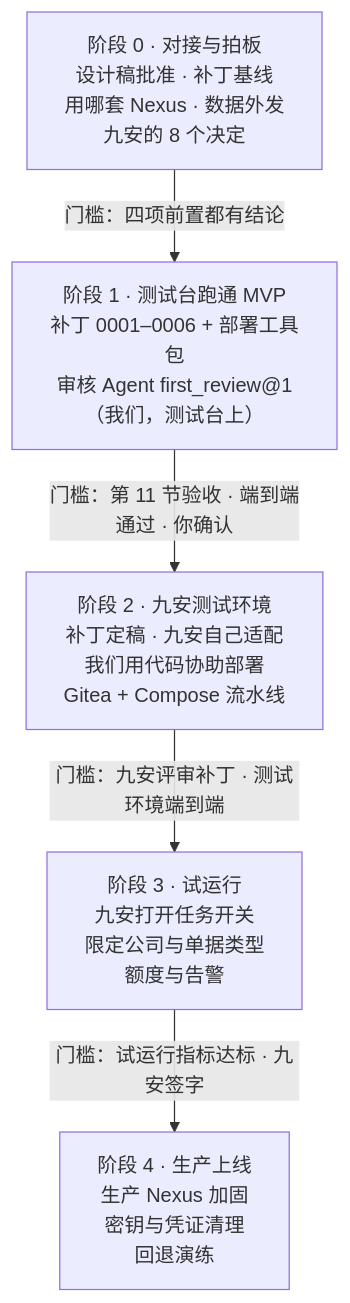
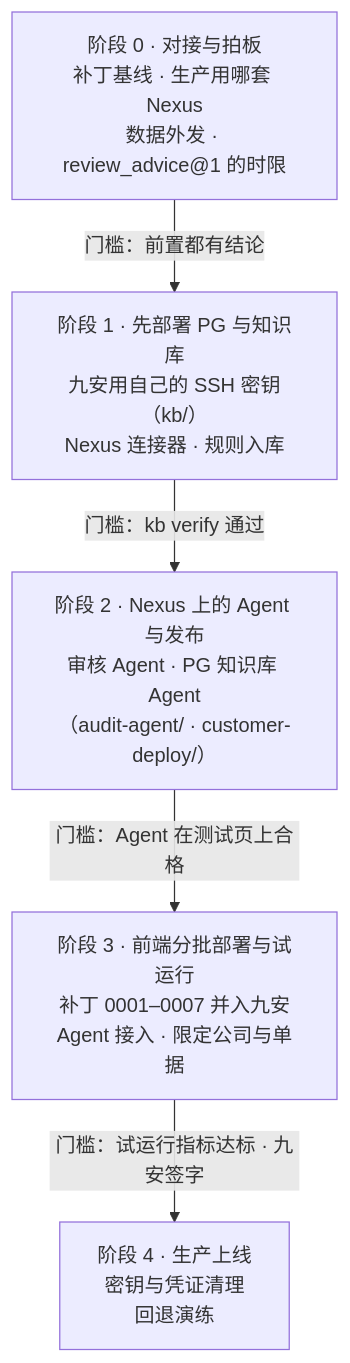
Before and after one commit to LiboMa/nexus-jiuan-agent-framework-poc: the diagram in docs/assets/diagrams/rollout-phases.mmd, drawn with Mermaid. The commit also changed 92 other files, not shown here.

```diff
--- a/docs/assets/diagrams/rollout-phases.mmd
+++ b/docs/assets/diagrams/rollout-phases.mmd
@@ -1,14 +1,14 @@
 flowchart TB
-  p0["阶段 0 · 对接与拍板<br/>设计稿批准 · 补丁基线<br/>用哪套 Nexus · 数据外发<br/>九安的 8 个决定"]
-  p1["阶段 1 · 测试台跑通 MVP<br/>补丁 0001–0006 + 部署工具包<br/>审核 Agent first_review@1<br/>（我们，测试台上）"]
-  p2["阶段 2 · 九安测试环境<br/>补丁定稿 · 九安自己适配<br/>我们用代码协助部署<br/>Gitea + Compose 流水线"]
-  p3["阶段 3 · 试运行<br/>九安打开任务开关<br/>限定公司与单据类型<br/>额度与告警"]
-  p4["阶段 4 · 生产上线<br/>生产 Nexus 加固<br/>密钥与凭证清理<br/>回退演练"]
-  p0 -- "门槛：四项前置都有结论" --> p1
-  p1 -- "门槛：第 11 节验收 · 端到端通过 · 你确认" --> p2
-  p2 -- "门槛：九安评审补丁 · 测试环境端到端" --> p3
+  p0["阶段 0 · 对接与拍板<br/>补丁基线 · 生产用哪套 Nexus<br/>数据外发 · review_advice@1 的时限"]
+  p1["阶段 1 · 先部署 PG 与知识库<br/>九安用自己的 SSH 密钥（kb/）<br/>Nexus 连接器 · 规则入库"]
+  p2["阶段 2 · Nexus 上的 Agent 与发布<br/>审核 Agent · PG 知识库 Agent<br/>（audit-agent/ · customer-deploy/）"]
+  p3["阶段 3 · 前端分批部署与试运行<br/>补丁 0001–0007 并入九安<br/>Agent 接入 · 限定公司与单据"]
+  p4["阶段 4 · 生产上线<br/>密钥与凭证清理<br/>回退演练"]
+  p0 -- "门槛：前置都有结论" --> p1
+  p1 -- "门槛：kb verify 通过" --> p2
+  p2 -- "门槛：Agent 在测试页上合格" --> p3
   p3 -- "门槛：试运行指标达标 · 九安签字" --> p4
   class p0 warn
-  class p1 poc
-  class p2,p3 jiuan
+  class p1,p2 poc
+  class p3 jiuan
   class p4 good
```
